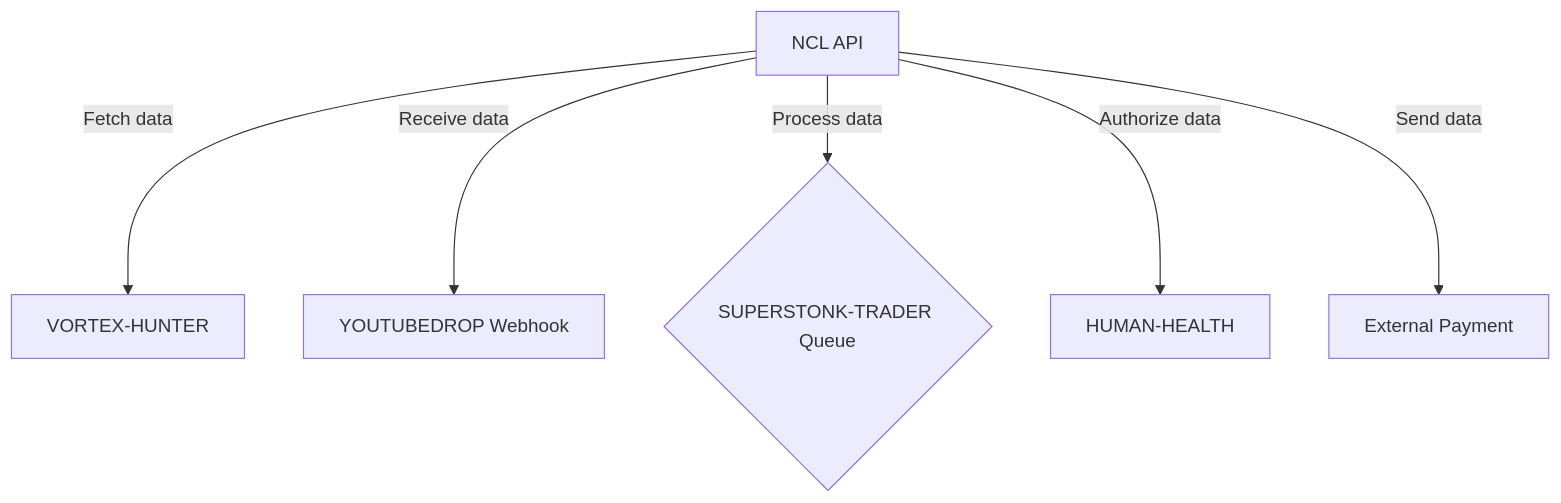
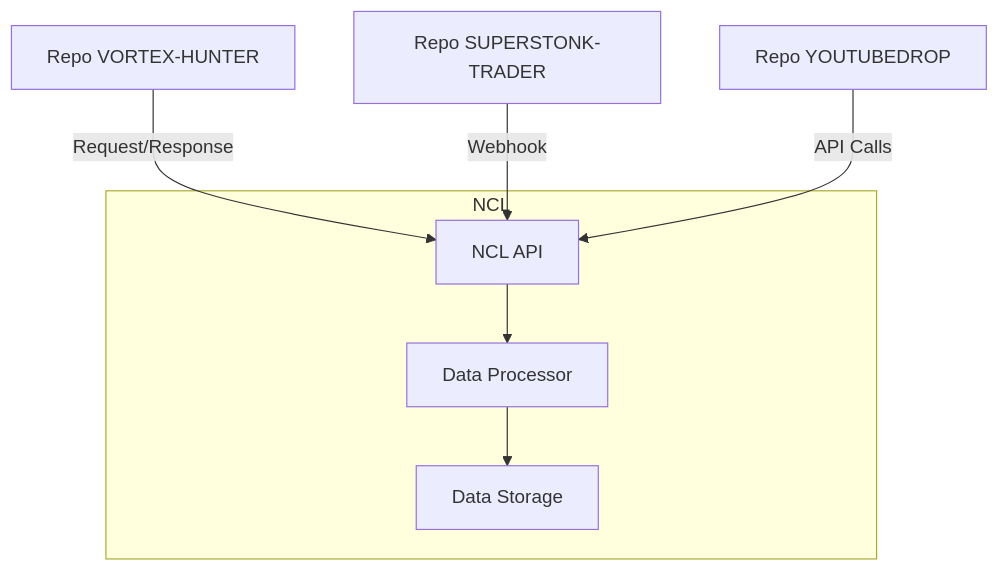
Before and after one commit to ResonanceEnergy/NCL: the first of 2 diagrams in repos/NCL/docs/INTEGRATION_DESIGN.md, drawn with Mermaid. The commit also changed other lines of this file, not shown here.

Commit message:
[OPTIMUS] integration_design: NCL

````diff
--- a/repos/NCL/docs/INTEGRATION_DESIGN.md
+++ b/repos/NCL/docs/INTEGRATION_DESIGN.md
@@ -49,8 +49,11 @@
 ```mermaid
-graph TD
-    A[NCL API] -->|Fetch data| B[VORTEX-HUNTER]
-    A -->|Receive data| C[YOUTUBEDROP Webhook]
-    A -->|Process data| D{SUPERSTONK-TRADER Queue}
-    A -->|Authorize data| E[HUMAN-HEALTH]
-    A -->|Send data| F[External Payment]
+flowchart TD
+    subgraph NCL
+    A[NCL API] --> B[Data Processor]
+    B --> C[Data Storage]
+    end
+    
+    VORTEX[Repo VORTEX-HUNTER] -- Request/Response --> A
+    SUPERST[Repo SUPERSTONK-TRADER] -- Webhook --> A
+    YDROP[Repo YOUTUBEDROP] -- API Calls --> A
 ```
````
